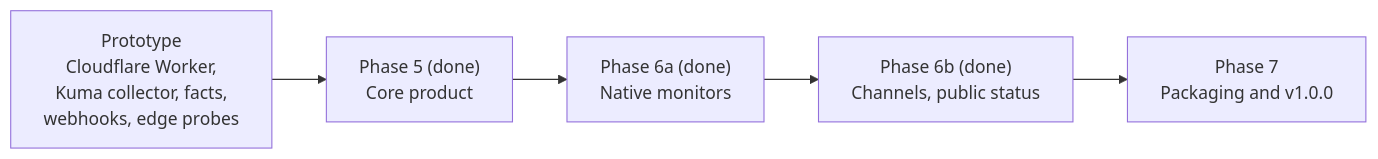
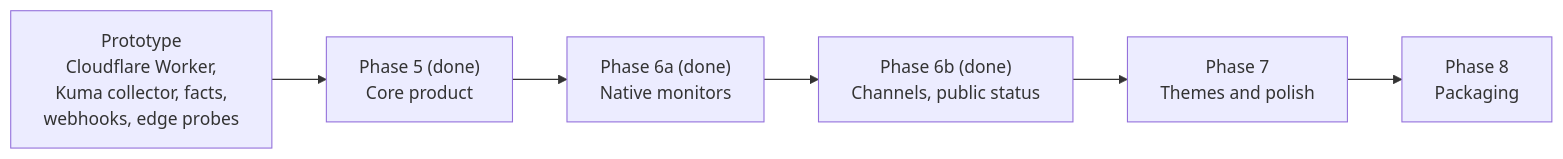
The diagram in docs/roadmap.md (bts-io/uptellis), drawn with Mermaid before and after one commit. The commit also changed other lines of this file and 1 other file, not shown here.

Commit message:
docs: themes and polish next, packaging after, no fixed 1.0

````diff
--- a/docs/roadmap.md
+++ b/docs/roadmap.md
@@ -7,7 +9,8 @@
 ```mermaid
 flowchart LR
   now["Prototype<br/>Cloudflare Worker,<br/>Kuma collector, facts,<br/>webhooks, edge probes"] --> p5["Phase 5 (done)<br/>Core product"]
   p5 --> p6a["Phase 6a (done)<br/>Native monitors"]
   p6a --> p6b["Phase 6b (done)<br/>Channels, public status"]
-  p6b --> p7["Phase 7<br/>Packaging and v1.0.0"]
+  p6b --> p7["Phase 7<br/>Themes and polish"]
+  p7 --> p8["Phase 8<br/>Packaging"]
 ```
````
